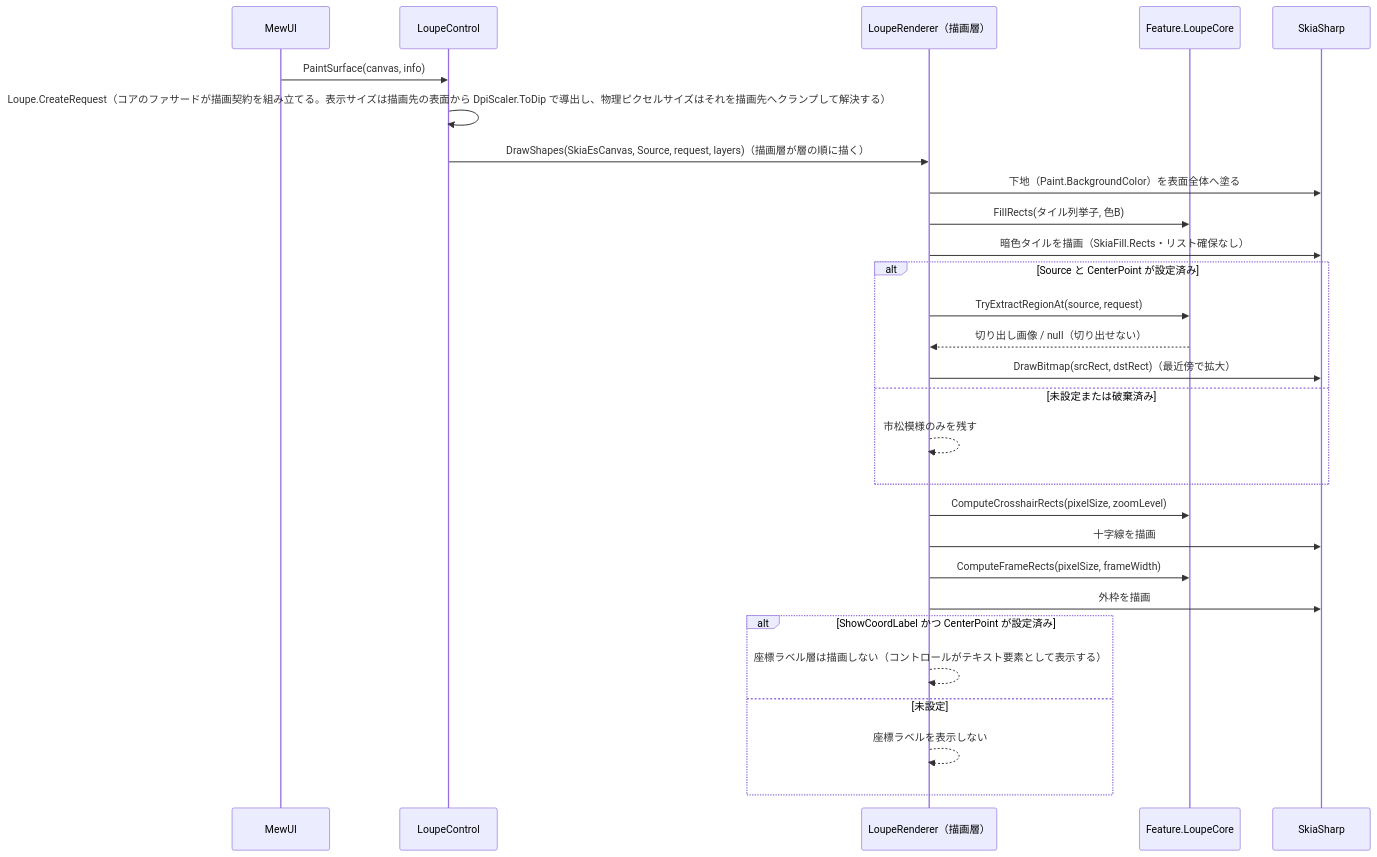
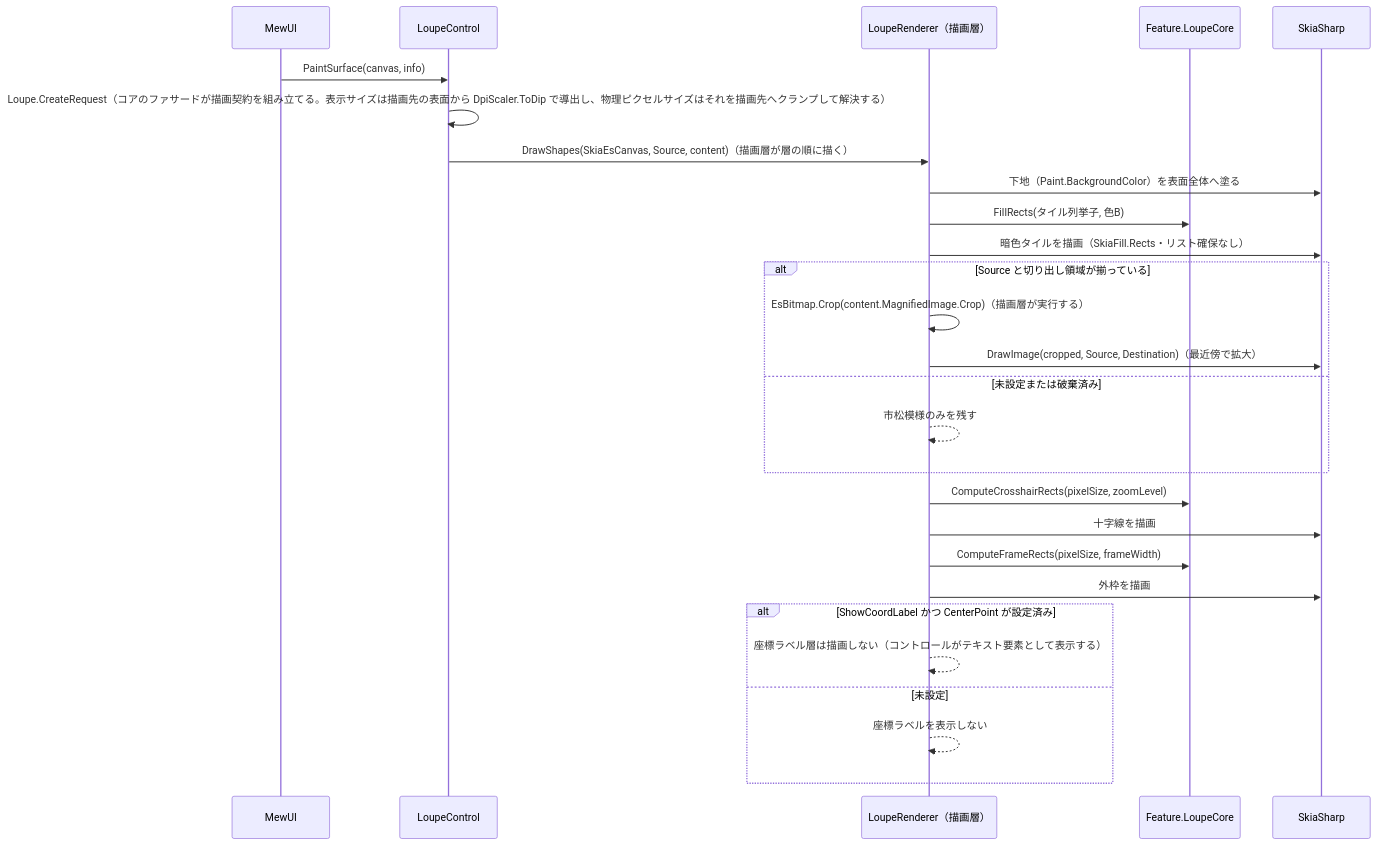
The second of 2 diagrams in src/LoupeControl.MewUI/SPEC_System.md (tomokuni/SaveEvidence), drawn with Mermaid before and after one commit. The commit also changed other lines of this file and 67 other files, not shown here.

````diff
--- a/src/LoupeControl.MewUI/SPEC_System.md
+++ b/src/LoupeControl.MewUI/SPEC_System.md
@@ -192,31 +191,30 @@
 ```mermaid
 sequenceDiagram
     participant MW as MewUI
     participant LC as LoupeControl
     participant R as LoupeRenderer（描画層）
     participant C as Feature.LoupeCore
     participant SK as SkiaSharp
 
     MW->>LC: PaintSurface(canvas, info)
     LC->>LC: Loupe.CreateRequest（コアのファサードが描画契約を組み立てる。表示サイズは描画先の表面から DpiScaler.ToDip で導出し、物理ピクセルサイズはそれを描画先へクランプして解決する）
-    LC->>R: DrawShapes(SkiaEsCanvas, Source, request, layers)（描画層が層の順に描く）
+    LC->>R: DrawShapes(SkiaEsCanvas, Source, content)（描画層が層の順に描く）
     R->>SK: 下地（Paint.BackgroundColor）を表面全体へ塗る
     R->>C: FillRects(タイル列挙子, 色B)
     R->>SK: 暗色タイルを描画（SkiaFill.Rects・リスト確保なし）
-    alt Source と CenterPoint が設定済み
-        R->>C: TryExtractRegionAt(source, request)
-        C-->>R: 切り出し画像 / null（切り出せない）
-        R->>SK: DrawBitmap(srcRect, dstRect)（最近傍で拡大）
+    alt Source と切り出し領域が揃っている
+        R->>R: EsBitmap.Crop(content.MagnifiedImage.Crop)（描画層が実行する）
+        R->>SK: DrawImage(cropped, Source, Destination)（最近傍で拡大）
     else 未設定または破棄済み
         R-->>R: 市松模様のみを残す
     end
     R->>C: ComputeCrosshairRects(pixelSize, zoomLevel)
     R->>SK: 十字線を描画
     R->>C: ComputeFrameRects(pixelSize, frameWidth)
     R->>SK: 外枠を描画
     alt ShowCoordLabel かつ CenterPoint が設定済み
         R-->>R: 座標ラベル層は描画しない（コントロールがテキスト要素として表示する）
     else 未設定
         R-->>R: 座標ラベルを表示しない
     end
 ```
````
